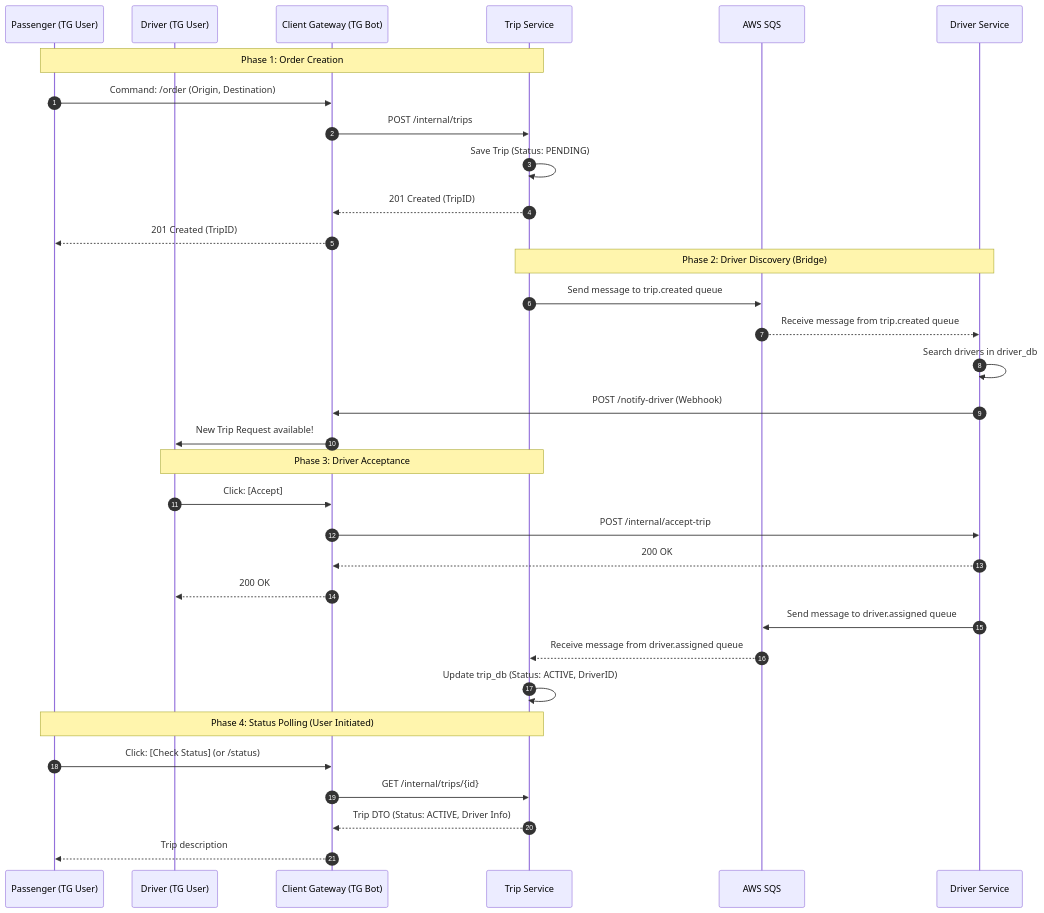
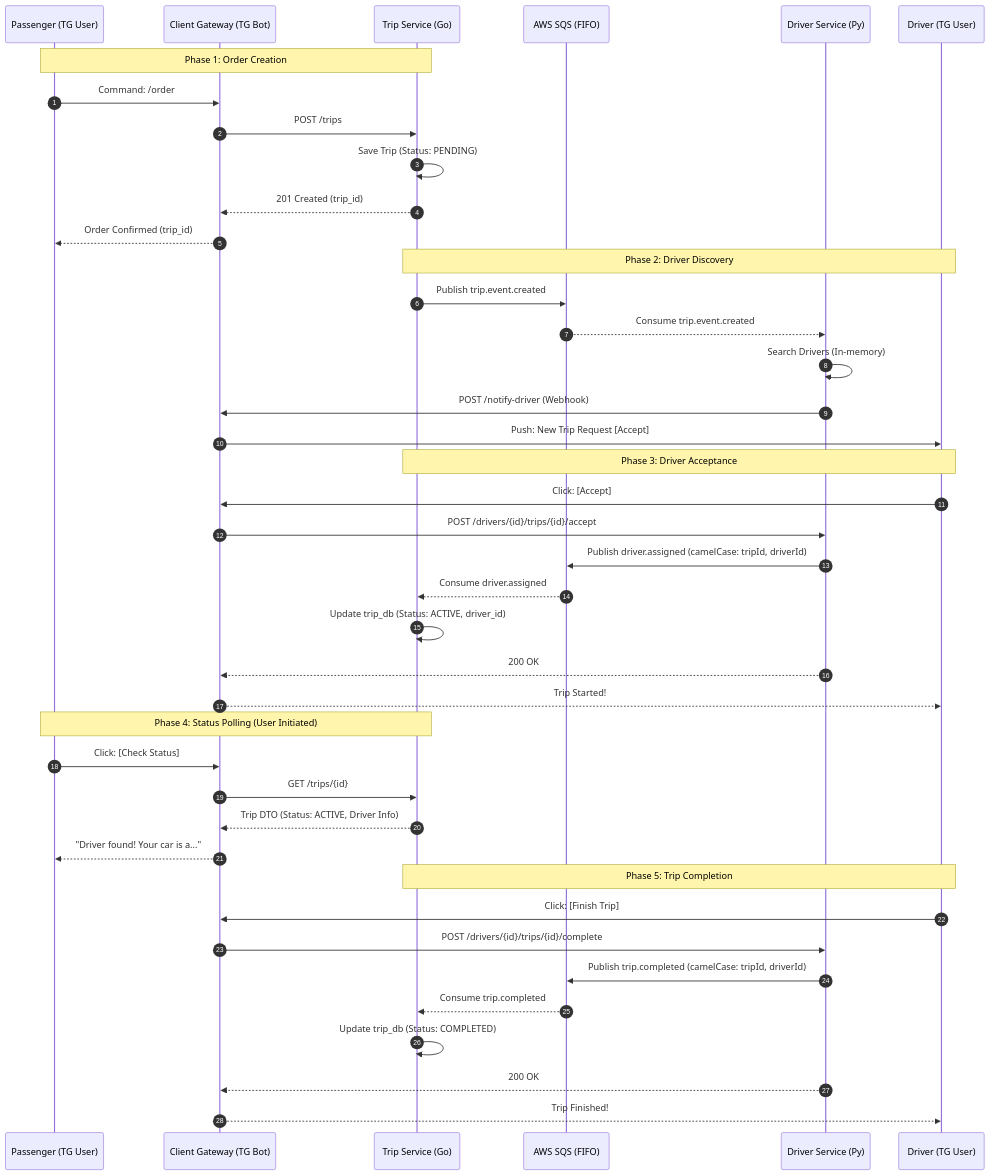
The diagram in ai.md (UA-4697-DevOps/drive-ops), drawn with Mermaid before and after one commit. The commit also changed other lines of this file, not shown here.

Commit message:
docs: modernize ai.md with production SQS flow and directory mapping

````diff
--- a/ai.md
+++ b/ai.md
@@ -38,40 +39,48 @@
 ```mermaid
 sequenceDiagram
     autonumber
     participant P as Passenger (TG User)
+    participant CG as Client Gateway (TG Bot)
+    participant TS as Trip Service (Go)
+    participant SQS as AWS SQS (FIFO)
+    participant DS as Driver Service (Py)
     participant D as Driver (TG User)
-    participant CG as Client Gateway (TG Bot)
-    participant TS as Trip Service
-    participant SQS as AWS SQS
-    participant DS as Driver Service
 
     Note over P, TS: Phase 1: Order Creation
-    P->>CG: Command: /order (Origin, Destination)
-    CG->>TS: POST /internal/trips
+    P->>CG: Command: /order
+    CG->>TS: POST /trips
     TS->>TS: Save Trip (Status: PENDING)
-    TS-->>CG: 201 Created (TripID)
-    CG-->>P: 201 Created (TripID)
+    TS-->>CG: 201 Created (trip_id)
+    CG-->>P: Order Confirmed (trip_id)
 
-    Note over TS, DS: Phase 2: Driver Discovery (Bridge)
-    TS->>SQS: Send message to trip.created queue
-    SQS-->>DS: Receive message from trip.created queue
-    DS->>DS: Search drivers in driver_db
+    Note over TS, D: Phase 2: Driver Discovery
+    TS->>SQS: Publish trip.event.created
+    SQS-->>DS: Consume trip.event.created
+    DS->>DS: Search Drivers (In-memory)
     DS->>CG: POST /notify-driver (Webhook)
-    CG->>D: New Trip Request available!
+    CG->>D: Push: New Trip Request [Accept]
 
     Note over D, TS: Phase 3: Driver Acceptance
     D->>CG: Click: [Accept]
-    CG->>DS: POST /internal/accept-trip
+    CG->>DS: POST /drivers/{id}/trips/{id}/accept
+    DS->>SQS: Publish driver.assigned (camelCase: tripId, driverId)
+    SQS-->>TS: Consume driver.assigned
+    TS->>TS: Update trip_db (Status: ACTIVE, driver_id)
     DS-->>CG: 200 OK
-    CG-->>D: 200 OK
-    
-    DS->>SQS: Send message to driver.assigned queue
-    SQS-->>TS: Receive message from driver.assigned queue
-    TS->>TS: Update trip_db (Status: ACTIVE, DriverID)
+    CG-->>D: Trip Started!
 
     Note over P, TS: Phase 4: Status Polling (User Initiated)
-    P->>CG: Click: [Check Status] (or /status)
-    CG->>TS: GET /internal/trips/{id}
+    P->>CG: Click: [Check Status]
+    CG->>TS: GET /trips/{id}
     TS-->>CG: Trip DTO (Status: ACTIVE, Driver Info)
-    CG-->>P: Trip description
+    CG-->>P: "Driver found! Your car is a..."
+
+    Note over D, TS: Phase 5: Trip Completion
+    D->>CG: Click: [Finish Trip]
+    CG->>DS: POST /drivers/{id}/trips/{id}/complete
+    DS->>SQS: Publish trip.completed (camelCase: tripId, driverId)
+    SQS-->>TS: Consume trip.completed
+    TS->>TS: Update trip_db (Status: COMPLETED)
+    DS-->>CG: 200 OK
+    CG-->>D: Trip Finished!
 ```
````
